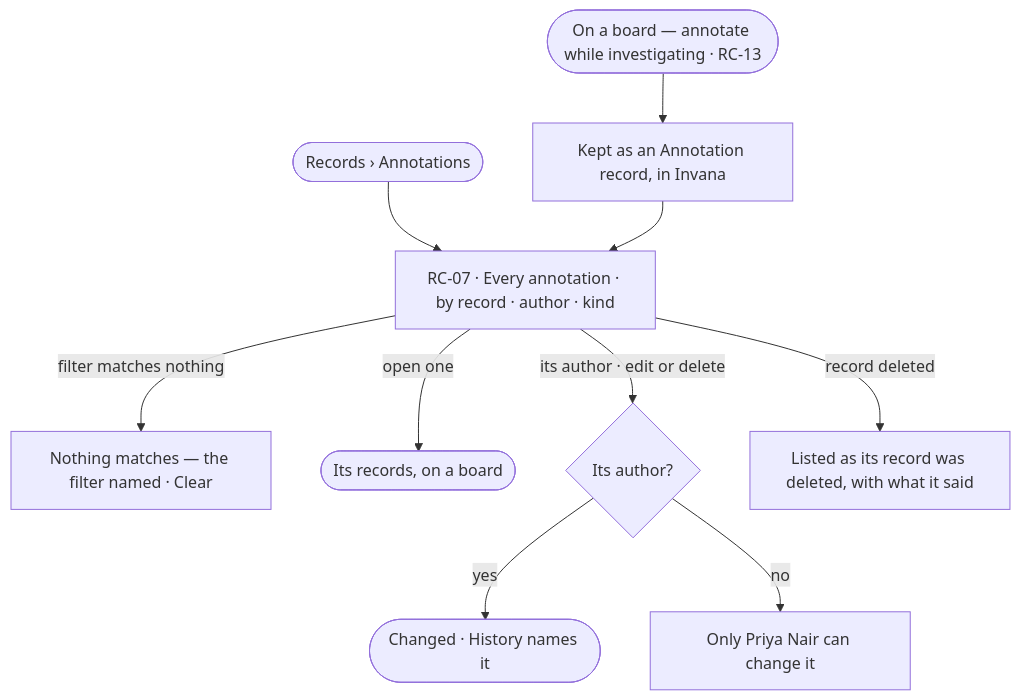
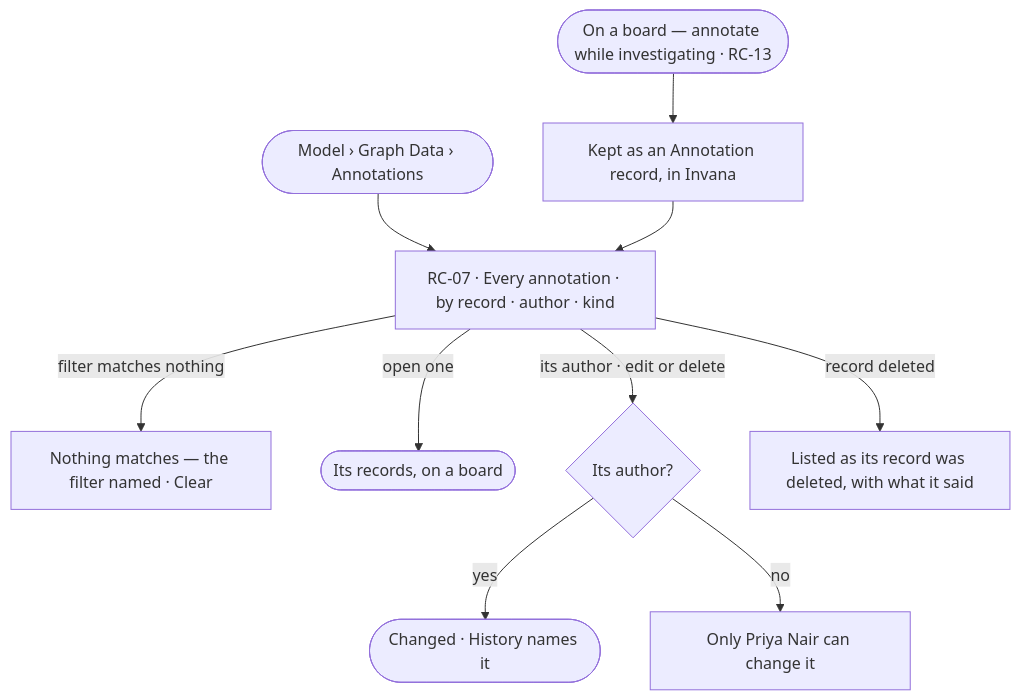
The diagram in specs/capabilities/records/features/RC-F07-annotations/feature.md (invana/invana), drawn with Mermaid before and after one commit. The commit also changed 133 other files, not shown here.

````diff
--- a/specs/capabilities/records/features/RC-F07-annotations/feature.md
+++ b/specs/capabilities/records/features/RC-F07-annotations/feature.md
@@ -24,12 +24,12 @@
 ```mermaid
 flowchart TD
   ex([On a board — annotate while investigating · RC-13]) --> keep["Kept as an Annotation record, in Invana"]
-  start([Records › Annotations]) --> list["RC-07 · Every annotation · by record · author · kind"]
+  start([Model › Graph Data › Annotations]) --> list["RC-07 · Every annotation · by record · author · kind"]
   keep --> list
   list -->|filter matches nothing| ef["Nothing matches — the filter named · Clear"]
   list -->|open one| rec(["Its records, on a board"])
   list -->|its author · edit or delete| ed{Its author?}
   ed -->|yes| done(["Changed · History names it"])
   ed -->|no| no["Only Priya Nair can change it"]
   list -->|record deleted| gone["Listed as its record was deleted, with what it said"]
 ```
````
